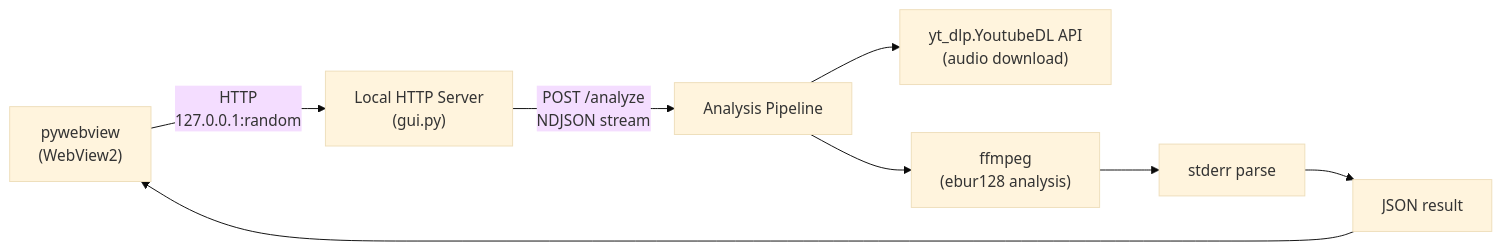
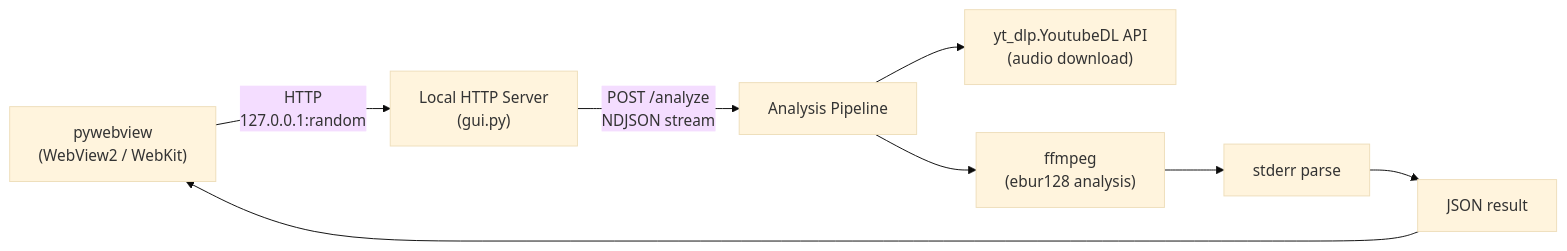
One commit to semnil/analyze-loudness changed the first of 4 diagrams in docs/architecture.ja.md. Above: the diagram before and after it, drawn with Mermaid (base theme). The commit also changed other lines of this file and 4 other files, not shown here.

Commit message:
docs: bring README and the architecture and audit documents up to date with the code

````diff
--- a/docs/architecture.ja.md
+++ b/docs/architecture.ja.md
@@ -12,10 +12,10 @@
 ```mermaid
 graph LR
-    A["pywebview<br/>(WebView2)"] -->|"HTTP<br/>127.0.0.1:random"| B["Local HTTP Server<br/>(gui.py)"]
+    A["pywebview<br/>(WebView2 / WebKit)"] -->|"HTTP<br/>127.0.0.1:random"| B["Local HTTP Server<br/>(gui.py)"]
     B -->|"POST /analyze<br/>NDJSON stream"| C["Analysis Pipeline"]
     C --> D["yt_dlp.YoutubeDL API<br/>(audio download)"]
     C --> E["ffmpeg<br/>(ebur128 analysis)"]
     E --> F["stderr parse"]
     F --> G["JSON result"]
     G --> A
 ```
````
